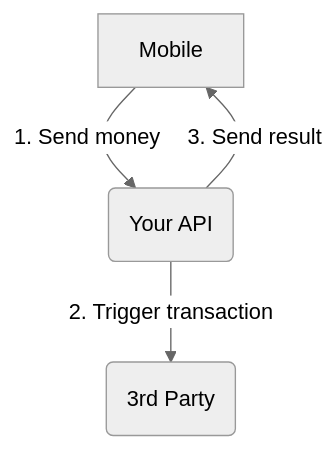
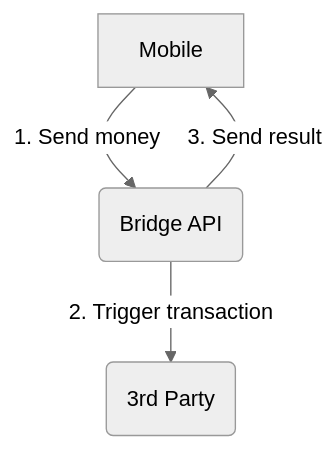
The diagram in README.md (FreeFly0125/latency-third-party), drawn with Mermaid (neutral theme) before and after one commit. The commit also changed other lines of this file, not shown here.

````diff
--- a/README.md
+++ b/README.md
@@ -9,6 +5,6 @@
 ```mermaid
 graph TD
-    Mobile -->|1. Send money| YourAPI(Your API)
-    YourAPI -->|2. Trigger transaction| 3P(3rd Party)
-    YourAPI -->|3. Send result| Mobile
+    Mobile -->|1. Send money| BridgeAPI(Bridge API)
+    BridgeAPI -->|2. Trigger transaction| 3P(3rd Party)
+    BridgeAPI -->|3. Send result| Mobile
 ```
````
